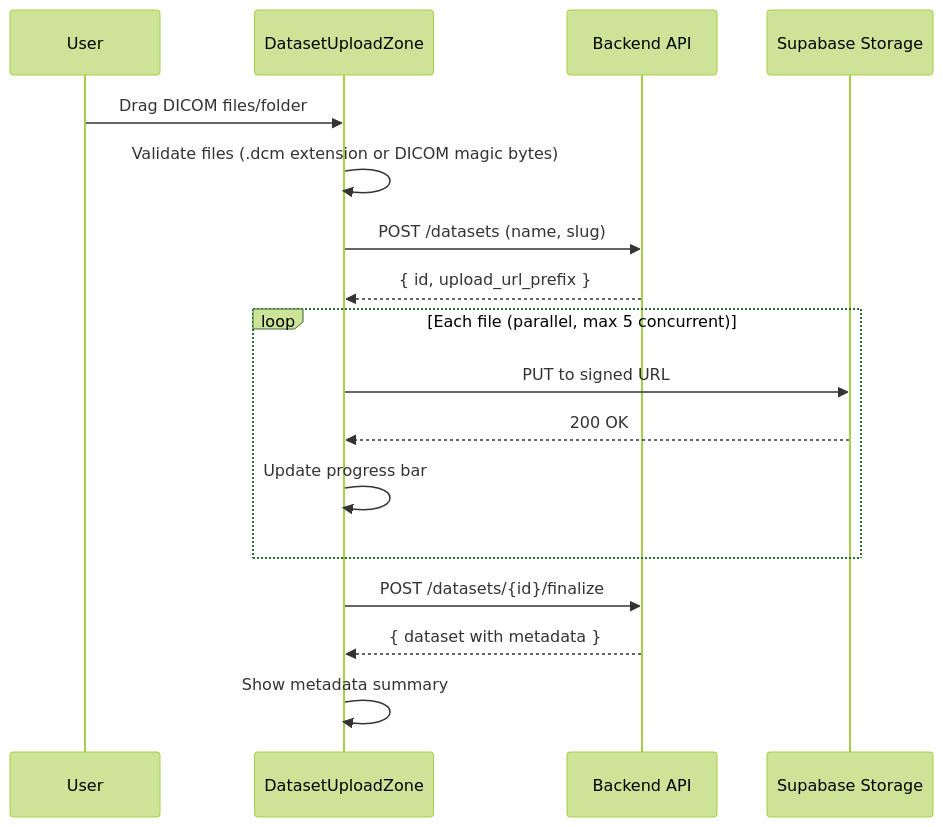
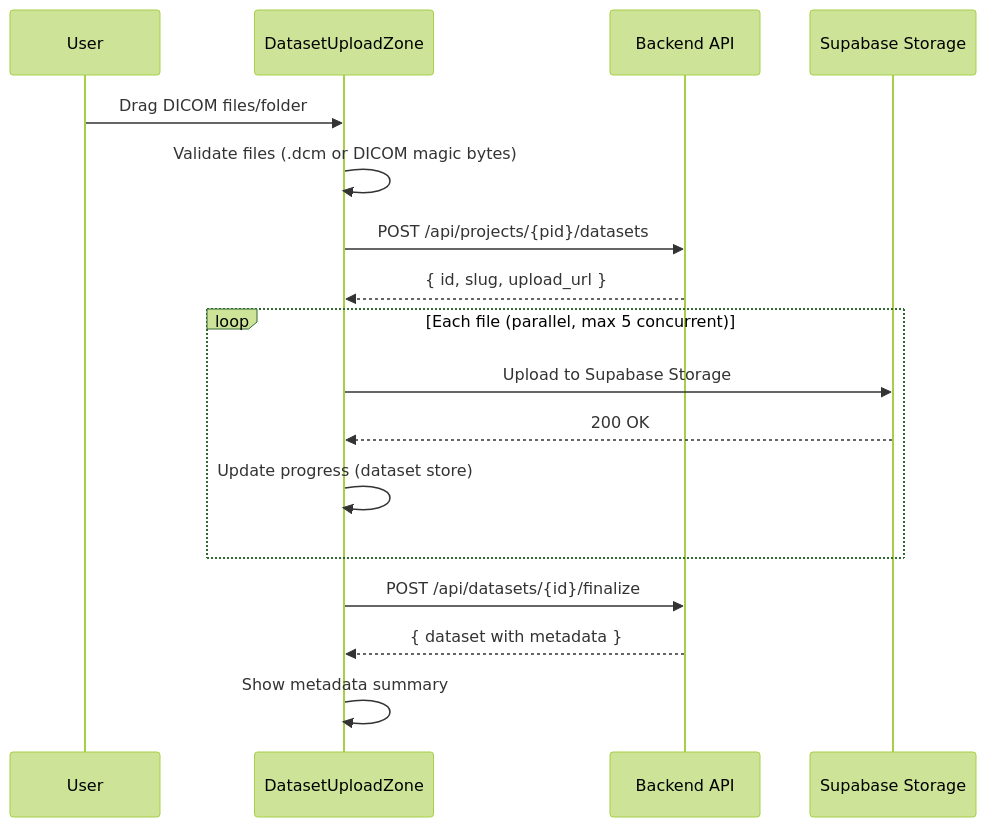
The diagram in .meridian/work/biomedical-mvp/design/frontend/dataset-upload.md (haowjy/meridian-flow), drawn with Mermaid (forest theme) before and after one commit. The commit also changed other lines of this file and 18 other files, not shown here.

````diff
--- a/.meridian/work/biomedical-mvp/design/frontend/dataset-upload.md
+++ b/.meridian/work/biomedical-mvp/design/frontend/dataset-upload.md
@@ -30,22 +36,22 @@
 ```mermaid
 sequenceDiagram
     participant U as User
     participant DZ as DatasetUploadZone
     participant API as Backend API
     participant SB as Supabase Storage
 
     U->>DZ: Drag DICOM files/folder
-    DZ->>DZ: Validate files (.dcm extension or DICOM magic bytes)
-    DZ->>API: POST /datasets (name, slug)
-    API-->>DZ: { id, upload_url_prefix }
+    DZ->>DZ: Validate files (.dcm or DICOM magic bytes)
+    DZ->>API: POST /api/projects/{pid}/datasets
+    API-->>DZ: { id, slug, upload_url }
 
     loop Each file (parallel, max 5 concurrent)
-        DZ->>SB: PUT to signed URL
+        DZ->>SB: Upload to Supabase Storage
         SB-->>DZ: 200 OK
-        DZ->>DZ: Update progress bar
+        DZ->>DZ: Update progress (dataset store)
     end
 
-    DZ->>API: POST /datasets/{id}/finalize
+    DZ->>API: POST /api/datasets/{id}/finalize
     API-->>DZ: { dataset with metadata }
     DZ->>DZ: Show metadata summary
 ```
````
